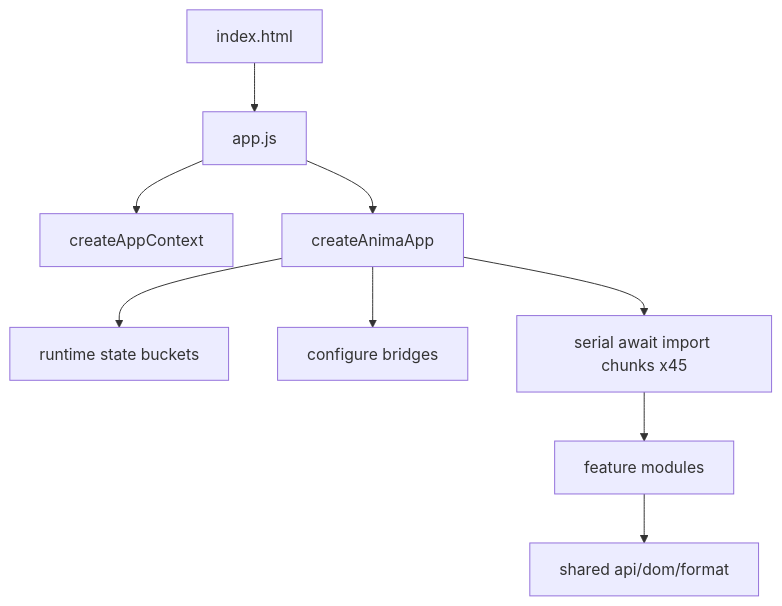
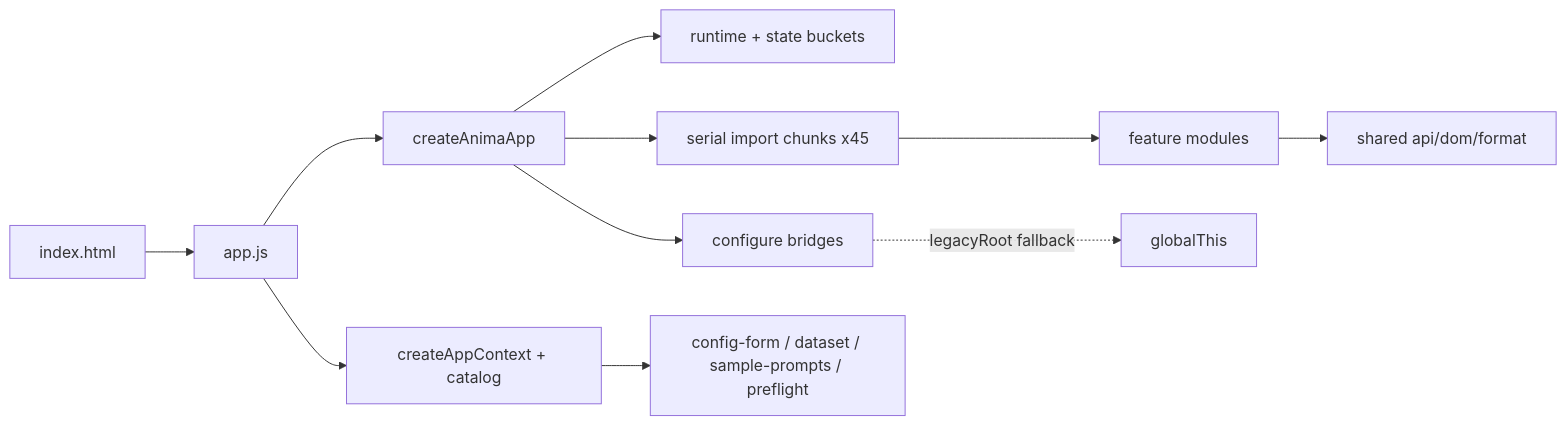
The first of 2 diagrams in docs/superpowers/specs/2026-07-11-frontend-config-optimization-design.md (scvxzf1/anima_lora_webui), drawn with Mermaid before and after one commit. The commit also changed other lines of this file and 2 other files, not shown here.

````diff
--- a/docs/superpowers/specs/2026-07-11-frontend-config-optimization-design.md
+++ b/docs/superpowers/specs/2026-07-11-frontend-config-optimization-design.md
@@ -30,11 +45,13 @@
 ```mermaid
-flowchart TD
+flowchart LR
   A[index.html] --> B[app.js]
-  B --> C[createAppContext]
+  B --> C[createAppContext + catalog]
   B --> D[createAnimaApp]
-  D --> E[runtime state buckets]
+  D --> E[runtime + state buckets]
   D --> F[configure bridges]
-  D --> G[serial await import chunks x45]
+  D --> G[serial import chunks x45]
   G --> H[feature modules]
-  H --> I[shared api/dom/format]
+  F -.->|legacyRoot fallback| I[globalThis]
+  H --> J[shared api/dom/format]
+  C --> K[config-form / dataset / sample-prompts / preflight]
 ```
````
